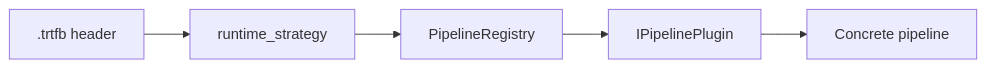
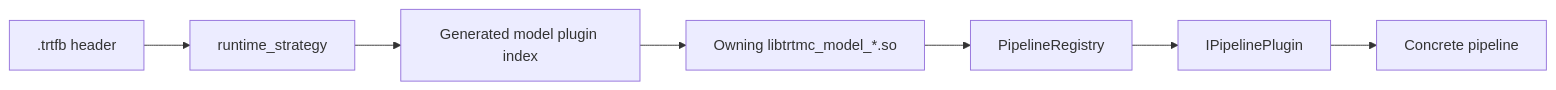
Before and after one commit to AbishekCoder1/TensorRT-Model-Connect: the third of 4 diagrams in website/docs/architecture/bundle-format.md, drawn with Mermaid. The commit also changed other lines of this file and 83 other files, not shown here.

````diff
--- a/website/docs/architecture/bundle-format.md
+++ b/website/docs/architecture/bundle-format.md
@@ -81,7 +111,9 @@
 ```mermaid
 flowchart LR
   Bundle[".trtfb header"] --> Strategy["runtime_strategy"]
-  Strategy --> Registry["PipelineRegistry"]
+  Strategy --> Index["Generated model plugin index"]
+  Index --> ModelDSO["Owning libtrtmc_model_*.so"]
+  ModelDSO --> Registry["PipelineRegistry"]
   Registry --> Plugin["IPipelinePlugin"]
   Plugin --> Pipeline["Concrete pipeline"]
 ```
````
